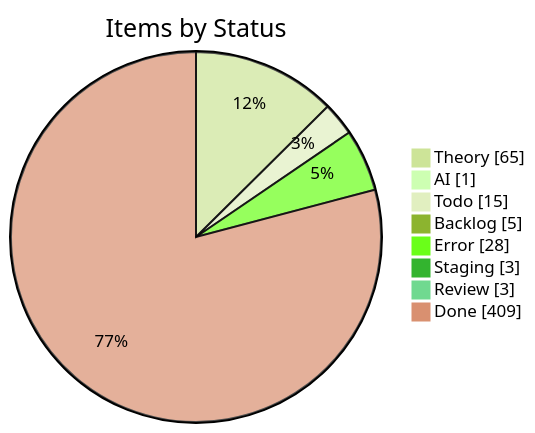
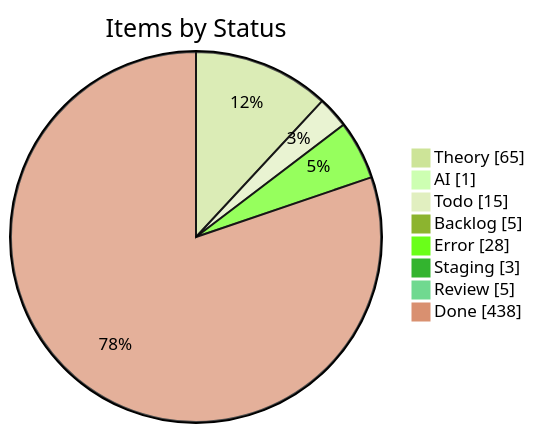
One commit to KBVE/kbve changed the first of 4 diagrams in apps/kbve/astro-kbve/src/content/docs/dashboard/kanban-data.mdx. Above: the diagram before and after it, drawn with Mermaid (forest theme). The commit also changed other lines of this file and 8 other files, not shown here.

````diff
--- a/apps/kbve/astro-kbve/src/content/docs/dashboard/kanban-data.mdx
+++ b/apps/kbve/astro-kbve/src/content/docs/dashboard/kanban-data.mdx
@@ -55,12 +55,12 @@
 ```mermaid
 pie showData
     title Items by Status
     "Theory" : 65
     "AI" : 1
     "Todo" : 15
     "Backlog" : 5
     "Error" : 28
     "Staging" : 3
-    "Review" : 3
-    "Done" : 409
+    "Review" : 5
+    "Done" : 438
 ```
````
